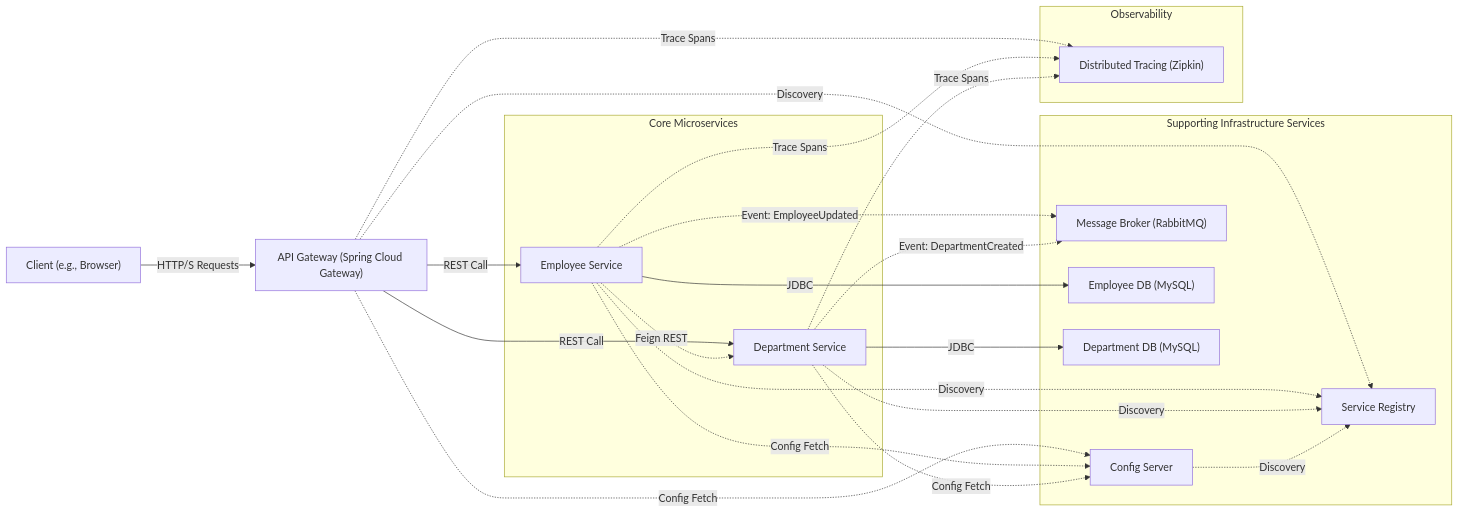
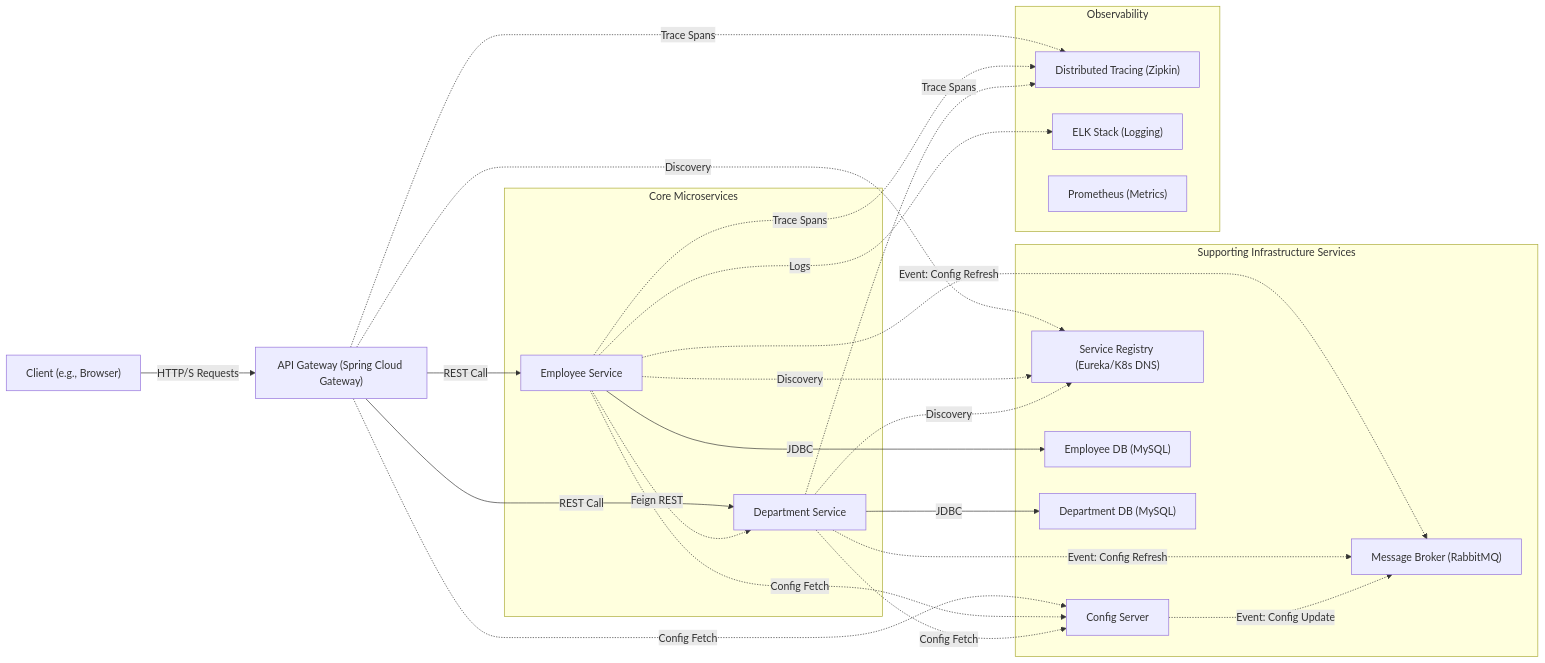
Before and after one commit to UchihaIthachi/EMS: the diagram in architecture.md, drawn with Mermaid. The commit also changed other lines of this file and 12 other files, not shown here.

````diff
--- a/architecture.md
+++ b/architecture.md
@@ -9,60 +9,63 @@
 ```mermaid
 %%{ init: { "theme": "default", "flowchart": { "curve": "basis", "rankSpacing": 50, "nodeSpacing": 40 } } }%%
 flowchart LR
   %% Clients
   user["Client (e.g., Browser)"]
 
   %% Gateway
   api_gateway["API Gateway (Spring Cloud Gateway)"]
 
   %% Core Microservices
   subgraph "Core Microservices"
     employee_service["Employee Service"]
     department_service["Department Service"]
   end
 
   %% Supporting Infrastructure
   subgraph "Supporting Infrastructure Services"
     config_server["Config Server"]
-    service_registry["Service Registry"]
+    service_registry["Service Registry (Eureka/K8s DNS)"]
     message_broker["Message Broker (RabbitMQ)"]
     db_employee["Employee DB (MySQL)"]
     db_department["Department DB (MySQL)"]
   end
 
   %% Observability
   subgraph "Observability"
     tracing_server["Distributed Tracing (Zipkin)"]
+    elk["ELK Stack (Logging)"]
+    prometheus["Prometheus (Metrics)"]
   end
 
   %% Main flow
   user -->|HTTP/S Requests| api_gateway
   api_gateway -->|REST Call| employee_service
   api_gateway -->|REST Call| department_service
 
   employee_service -->|JDBC| db_employee
   department_service -->|JDBC| db_department
 
   employee_service -.->|Feign REST| department_service
 
   %% Async
-  employee_service -.->|Event: EmployeeUpdated| message_broker
-  department_service -.->|Event: DepartmentCreated| message_broker
+  employee_service -.->|Event: Config Refresh| message_broker
+  department_service -.->|Event: Config Refresh| message_broker
+  config_server -.->|Event: Config Update| message_broker
 
   %% Config
   api_gateway -.->|Config Fetch| config_server
   employee_service -.->|Config Fetch| config_server
   department_service -.->|Config Fetch| config_server
 
   %% Discovery
   api_gateway -.->|Discovery| service_registry
   employee_service -.->|Discovery| service_registry
   department_service -.->|Discovery| service_registry
-  config_server -.->|Discovery| service_registry
 
-  %% Tracing
+  %% Tracing & Logging
   api_gateway -.->|Trace Spans| tracing_server
   employee_service -.->|Trace Spans| tracing_server
   department_service -.->|Trace Spans| tracing_server
 
+  employee_service -.->|Logs| elk
 ```
````
